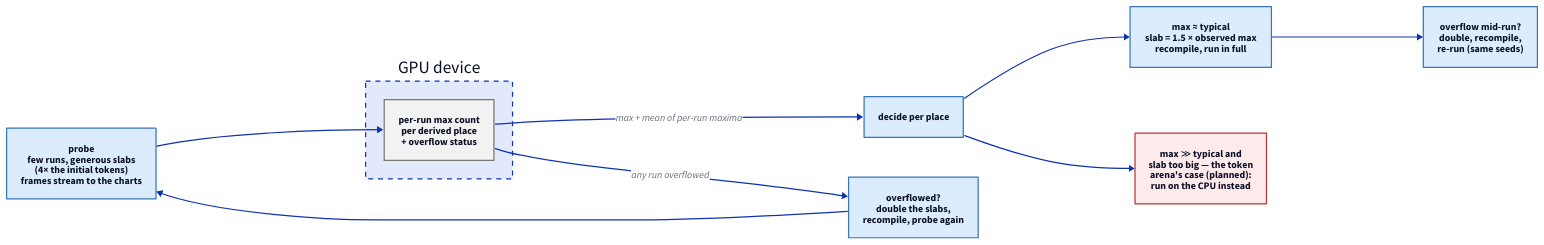
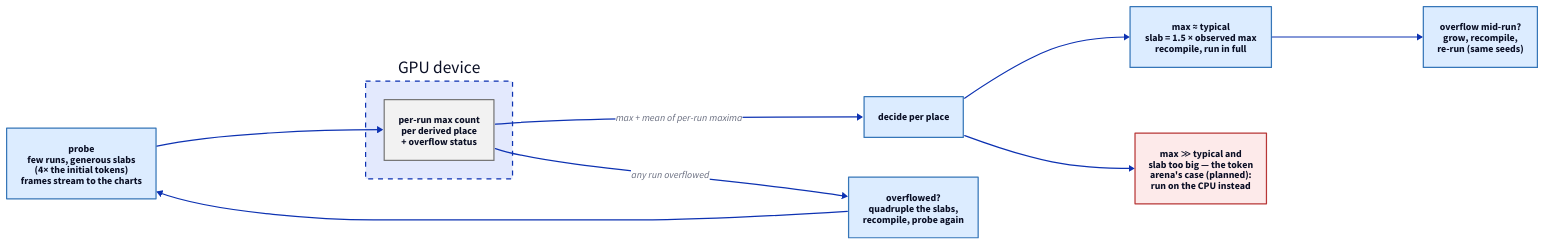
The diagram in libs/@local/petrinaut-arch-docs/content/diagrams/gpu-capacity-calibration.d2 (hashintel/hash), drawn with D2 before and after one commit. The commit also changed 4 other files, not shown here.

Commit message:
FE-1553: Grow probe slabs harder before conceding to the CPU

```diff
--- a/libs/@local/petrinaut-arch-docs/content/diagrams/gpu-capacity-calibration.d2
+++ b/libs/@local/petrinaut-arch-docs/content/diagrams/gpu-capacity-calibration.d2
@@ -1,23 +1,23 @@
 # Hand-written; rendered by the arch-docs build. Palette matches src/emit/d2.ts.
 direction: right
 
 probe: "probe\nfew runs, generous slabs\n(4× the initial tokens)\nframes stream to the charts" {style.fill: "#dcecff"; style.stroke: "#3676b8"}
 
 device: "GPU device" {
   style.stroke-dash: 4
   track: "per-run max count\nper derived place\n+ overflow status" {style.fill: "#f2f2f2"; style.stroke: "#777777"}
 }
 
 decide: "decide per place" {style.fill: "#dcecff"; style.stroke: "#3676b8"}
-grow: "overflowed?\ndouble the slabs,\nrecompile, probe again" {style.fill: "#dcecff"; style.stroke: "#3676b8"}
+grow: "overflowed?\nquadruple the slabs,\nrecompile, probe again" {style.fill: "#dcecff"; style.stroke: "#3676b8"}
 fit: "max ≈ typical\nslab = 1.5 × observed max\nrecompile, run in full" {style.fill: "#dcecff"; style.stroke: "#3676b8"}
 arena: "max ≫ typical and\nslab too big — the token\narena's case (planned):\nrun on the CPU instead" {style.fill: "#fdeaea"; style.stroke: "#b83636"}
-rerun: "overflow mid-run?\ndouble, recompile,\nre-run (same seeds)" {style.fill: "#dcecff"; style.stroke: "#3676b8"}
+rerun: "overflow mid-run?\ngrow, recompile,\nre-run (same seeds)" {style.fill: "#dcecff"; style.stroke: "#3676b8"}
 
 probe -> device.track
 device.track -> grow: any run overflowed
 grow -> probe
 device.track -> decide: "max + mean of per-run maxima"
 decide -> fit
 decide -> arena
 fit -> rerun
```
